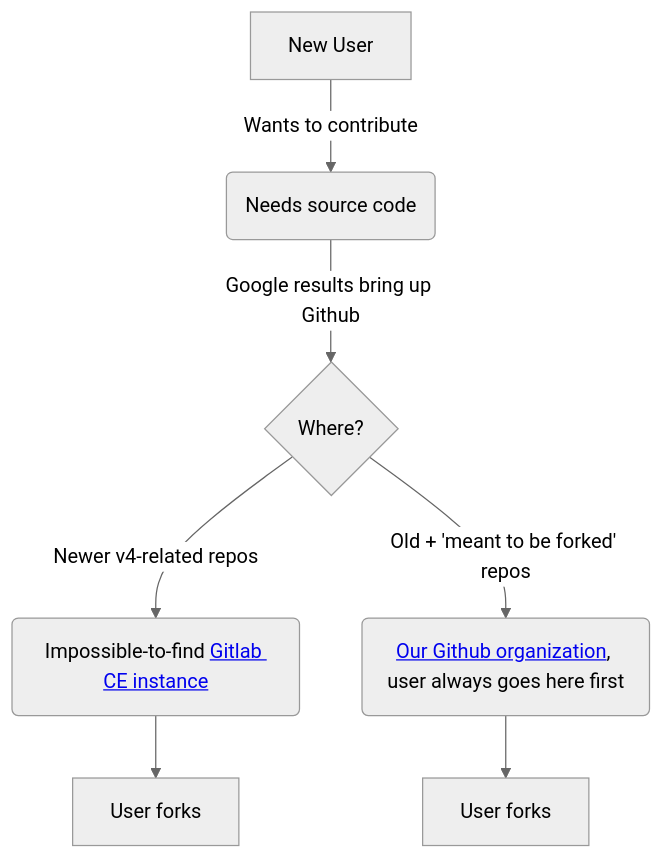
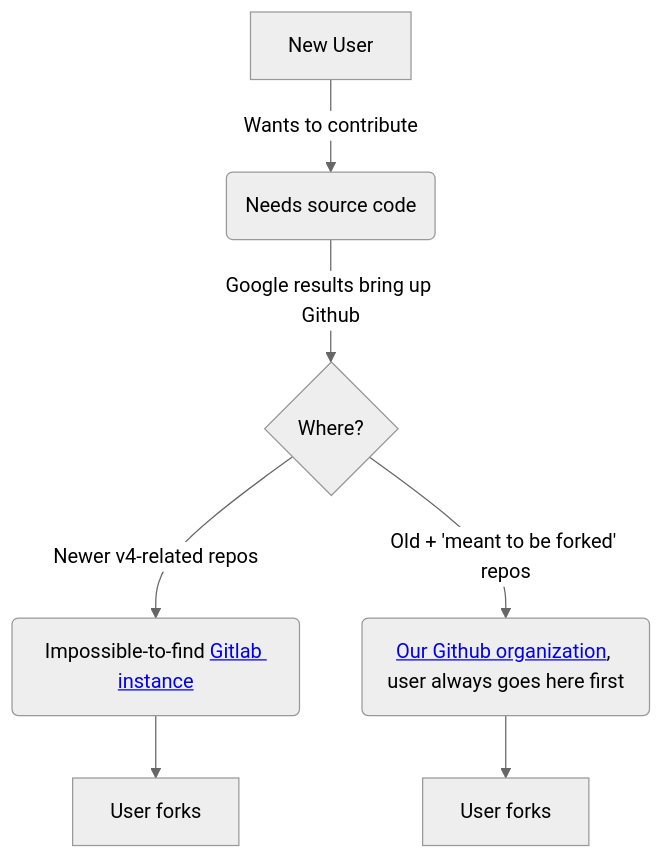
The diagram in docs/contributing.md (blend-os/website), drawn with Mermaid (neutral theme) before and after one commit. The commit also changed 1 other file, not shown here.

Commit message:
change gitlab ce to just gitlab

````diff
--- a/docs/contributing.md
+++ b/docs/contributing.md
@@ -16,9 +16,9 @@
 ```mermaid
 flowchart TD
     A[New User] -->|Wants to contribute| B(Needs source code)
     B -->|Google results bring up Github| C{Where?}
-    C -->|Newer v4-related repos| D(Impossible-to-find <a href="https://git.blendos.co/blendos" target="_blank" rel="noopener noreferrer">Gitlab CE instance</a>)
+    C -->|Newer v4-related repos| D(Impossible-to-find <a href="https://git.blendos.co/blendos" target="_blank" rel="noopener noreferrer">Gitlab instance</a>)
     C -->|Old + 'meant to be forked' repos| E(<a href="https://github.com/blend-os" target="_blank" rel="noopener noreferrer">Our Github organization</a>, user always goes here first)
     D --> F[User forks]
     E --> G[User forks]
 ```
````
